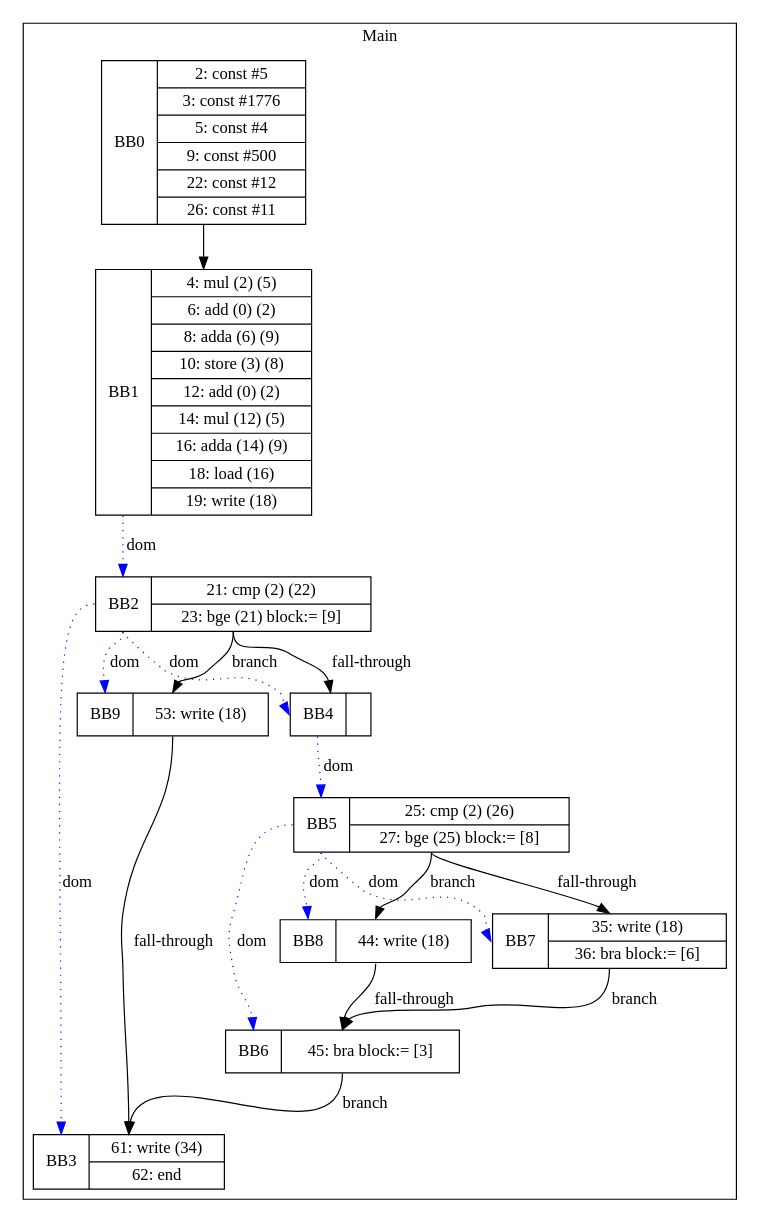
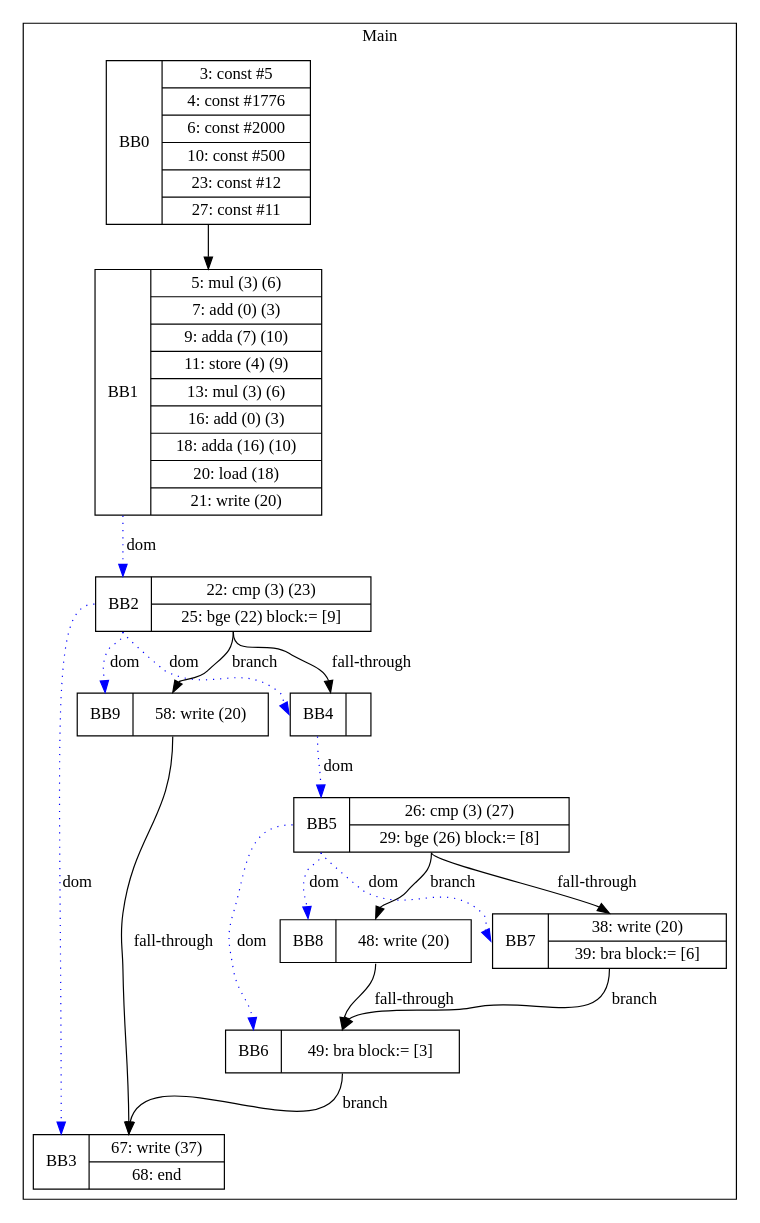
The diagram in visualization/jmcgowa/CSE_Tests/IF_IN_IF_ARRAY_NO_WRITE.gv (zjc664656505/UCI-CS241-Advanced-Compiler-main), drawn with Graphviz before and after one commit. The commit also changed 90 other files, not shown here.

```diff
--- a/visualization/jmcgowa/CSE_Tests/IF_IN_IF_ARRAY_NO_WRITE.gv
+++ b/visualization/jmcgowa/CSE_Tests/IF_IN_IF_ARRAY_NO_WRITE.gv
@@ -1,33 +1,33 @@
 digraph G {
 node [shape=record];
 subgraph cluster_main{
 label = "Main";
-BB0 [shape=record, label="<b>BB0|{2: const #5|3: const #1776|5: const #4|9: const #500|22: const #12|26: const #11}"];
-BB1 [shape=record, label="<b>BB1|{4: mul (2) (5)|6: add (0) (2)|8: adda (6) (9)|10: store (3) (8)|12: add (0) (2)|14: mul (12) (5)|16: adda (14) (9)|18: load (16)|19: write (18)}"];
-BB2 [shape=record, label="<b>BB2|{21: cmp (2) (22)|23: bge (21) block:= [9]}"];
-BB3 [shape=record, label="<b>BB3|{61: write (34)|62: end}"];
+BB0 [shape=record, label="<b>BB0|{3: const #5|4: const #1776|6: const #2000|10: const #500|23: const #12|27: const #11}"];
+BB1 [shape=record, label="<b>BB1|{5: mul (3) (6)|7: add (0) (3)|9: adda (7) (10)|11: store (4) (9)|13: mul (3) (6)|16: add (0) (3)|18: adda (16) (10)|20: load (18)|21: write (20)}"];
+BB2 [shape=record, label="<b>BB2|{22: cmp (3) (23)|25: bge (22) block:= [9]}"];
+BB3 [shape=record, label="<b>BB3|{67: write (37)|68: end}"];
 BB4 [shape=record, label="<b>BB4|}"];
-BB5 [shape=record, label="<b>BB5|{25: cmp (2) (26)|27: bge (25) block:= [8]}"];
-BB6 [shape=record, label="<b>BB6|{45: bra block:= [3]}"];
-BB7 [shape=record, label="<b>BB7|{35: write (18)|36: bra block:= [6]}"];
-BB8 [shape=record, label="<b>BB8|{44: write (18)}"];
-BB9 [shape=record, label="<b>BB9|{53: write (18)}"];
+BB5 [shape=record, label="<b>BB5|{26: cmp (3) (27)|29: bge (26) block:= [8]}"];
+BB6 [shape=record, label="<b>BB6|{49: bra block:= [3]}"];
+BB7 [shape=record, label="<b>BB7|{38: write (20)|39: bra block:= [6]}"];
+BB8 [shape=record, label="<b>BB8|{48: write (20)}"];
+BB9 [shape=record, label="<b>BB9|{58: write (20)}"];
 }
 BB0:s -> BB1:n ;
 BB2:b -> BB4:b [color=blue, style=dotted, label="dom"];
 BB1:b -> BB2:b [color=blue, style=dotted, label="dom"];
 BB5:b -> BB8:b [color=blue, style=dotted, label="dom"];
 BB5:b -> BB7:b [color=blue, style=dotted, label="dom"];
 BB2:b -> BB3:b [color=blue, style=dotted, label="dom"];
 BB2:b -> BB9:b [color=blue, style=dotted, label="dom"];
 BB4:b -> BB5:b [color=blue, style=dotted, label="dom"];
 BB5:b -> BB6:b [color=blue, style=dotted, label="dom"];
 BB2:s -> BB9:n [label="branch"];
 BB6:s -> BB3:n [label="branch"];
 BB7:s -> BB6:n [label="branch"];
 BB5:s -> BB8:n [label="branch"];
 BB2:s -> BB4:n [label="fall-through"];
 BB5:s -> BB7:n [label="fall-through"];
 BB9:s -> BB3:n [label="fall-through"];
 BB8:s -> BB6:n [label="fall-through"];
 }
```
